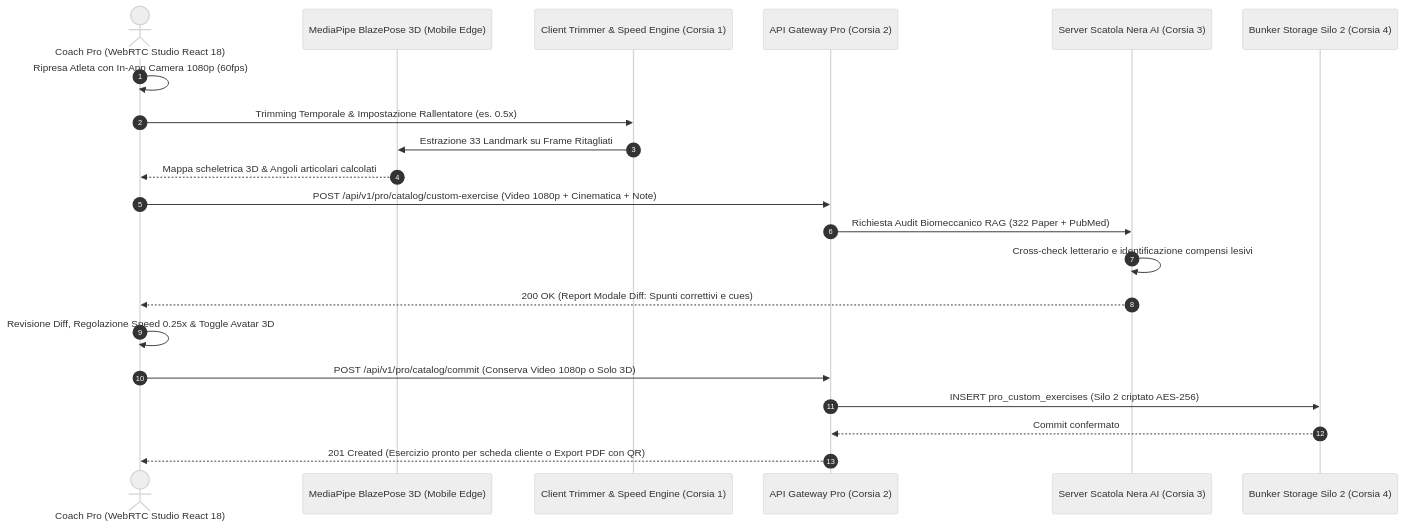
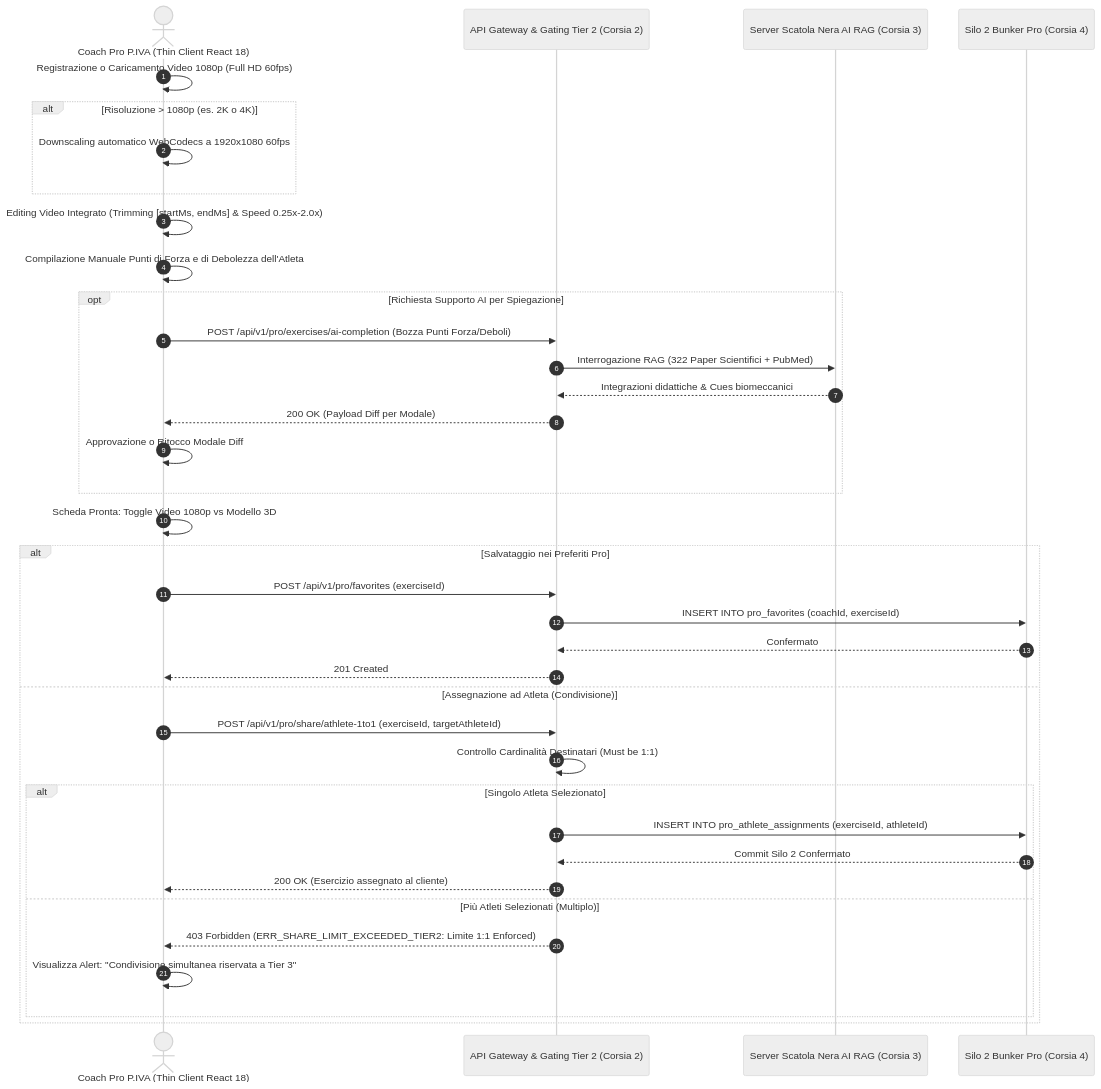
The diagram in architecture-blueprint/00-capitolato-tecnico-e-glossario/08-software-2-flow-2b-coach-hub.md (sportscience2025-star/Sports-Analytics-Platform---T7-Workout-APP), drawn with Mermaid (neutral theme) before and after one commit. The commit also changed other lines of this file and 16 other files, not shown here.

Commit message:
feat(miro): align Col 3 flowcharts #03, #09, #15 to 3-tiers programming specifications and readiness section

````diff
--- a/architecture-blueprint/00-capitolato-tecnico-e-glossario/08-software-2-flow-2b-coach-hub.md
+++ b/architecture-blueprint/00-capitolato-tecnico-e-glossario/08-software-2-flow-2b-coach-hub.md
@@ -54,26 +60,44 @@
 ```mermaid
 sequenceDiagram
     autonumber
-    actor Coach as Coach Pro (WebRTC Studio React 18)
-    participant EDGE as MediaPipe BlazePose 3D (Mobile Edge)
-    participant TRIM as Client Trimmer & Speed Engine (Corsia 1)
-    participant GW as API Gateway Pro (Corsia 2)
-    participant RAG as Server Scatola Nera AI (Corsia 3)
-    participant DB as Bunker Storage Silo 2 (Corsia 4)
+    actor Coach as Coach Pro P.IVA (Thin Client React 18)
+    participant GW as API Gateway & Gating Tier 2 (Corsia 2)
+    participant RAG as Server Scatola Nera AI RAG (Corsia 3)
+    participant DB as Silo 2 Bunker Pro (Corsia 4)
 
-    Coach->>Coach: Ripresa Atleta con In-App Camera 1080p (60fps)
-    Coach->>TRIM: Trimming Temporale & Impostazione Rallentatore (es. 0.5x)
-    TRIM->>EDGE: Estrazione 33 Landmark su Frame Ritagliati
-    EDGE-->>Coach: Mappa scheletrica 3D & Angoli articolari calcolati
+    Coach->>Coach: Registrazione o Caricamento Video 1080p (Full HD 60fps)
+    alt Risoluzione > 1080p (es. 2K o 4K)
+        Coach->>Coach: Downscaling automatico WebCodecs a 1920x1080 60fps
+    end
+
+    Coach->>Coach: Editing Video Integrato (Trimming [startMs, endMs] & Speed 0.25x-2.0x)
+    Coach->>Coach: Compilazione Manuale Punti di Forza e di Debolezza dell'Atleta
     
-    Coach->>GW: POST /api/v1/pro/catalog/custom-exercise (Video 1080p + Cinematica + Note)
-    GW->>RAG: Richiesta Audit Biomeccanico RAG (322 Paper + PubMed)
-    RAG->>RAG: Cross-check letterario e identificazione compensi lesivi
-    RAG-->>Coach: 200 OK (Report Modale Diff: Spunti correttivi e cues)
+    opt Richiesta Supporto AI per Spiegazione
+        Coach->>GW: POST /api/v1/pro/exercises/ai-completion (Bozza Punti Forza/Deboli)
+        GW->>RAG: Interrogazione RAG (322 Paper Scientifici + PubMed)
+        RAG-->>GW: Integrazioni didattiche & Cues biomeccanici
+        GW-->>Coach: 200 OK (Payload Diff per Modale)
+        Coach->>Coach: Approvazione o Ritocco Modale Diff
+    end
+
+    Coach->>Coach: Scheda Pronta: Toggle Video 1080p vs Modello 3D
     
-    Coach->>Coach: Revisione Diff, Regolazione Speed 0.25x & Toggle Avatar 3D
-    Coach->>GW: POST /api/v1/pro/catalog/commit (Conserva Video 1080p o Solo 3D)
-    GW->>DB: INSERT pro_custom_exercises (Silo 2 criptato AES-256)
-    DB-->>GW: Commit confermato
-    GW-->>Coach: 201 Created (Esercizio pronto per scheda cliente o Export PDF con QR)
+    alt Salvataggio nei Preferiti Pro
+        Coach->>GW: POST /api/v1/pro/favorites (exerciseId)
+        GW->>DB: INSERT INTO pro_favorites (coachId, exerciseId)
+        DB-->>GW: Confermato
+        GW-->>Coach: 201 Created
+    else Assegnazione ad Atleta (Condivisione)
+        Coach->>GW: POST /api/v1/pro/share/athlete-1to1 (exerciseId, targetAthleteId)
+        GW->>GW: Controllo Cardinalità Destinatari (Must be 1:1)
+        alt Singolo Atleta Selezionato
+            GW->>DB: INSERT INTO pro_athlete_assignments (exerciseId, athleteId)
+            DB-->>GW: Commit Silo 2 Confermato
+            GW-->>Coach: 200 OK (Esercizio assegnato al cliente)
+        else Più Atleti Selezionati (Multiplo)
+            GW-->>Coach: 403 Forbidden (ERR_SHARE_LIMIT_EXCEEDED_TIER2: Limite 1:1 Enforced)
+            Coach->>Coach: Visualizza Alert: "Condivisione simultanea riservata a Tier 3"
+        end
+    end
 ```
````
